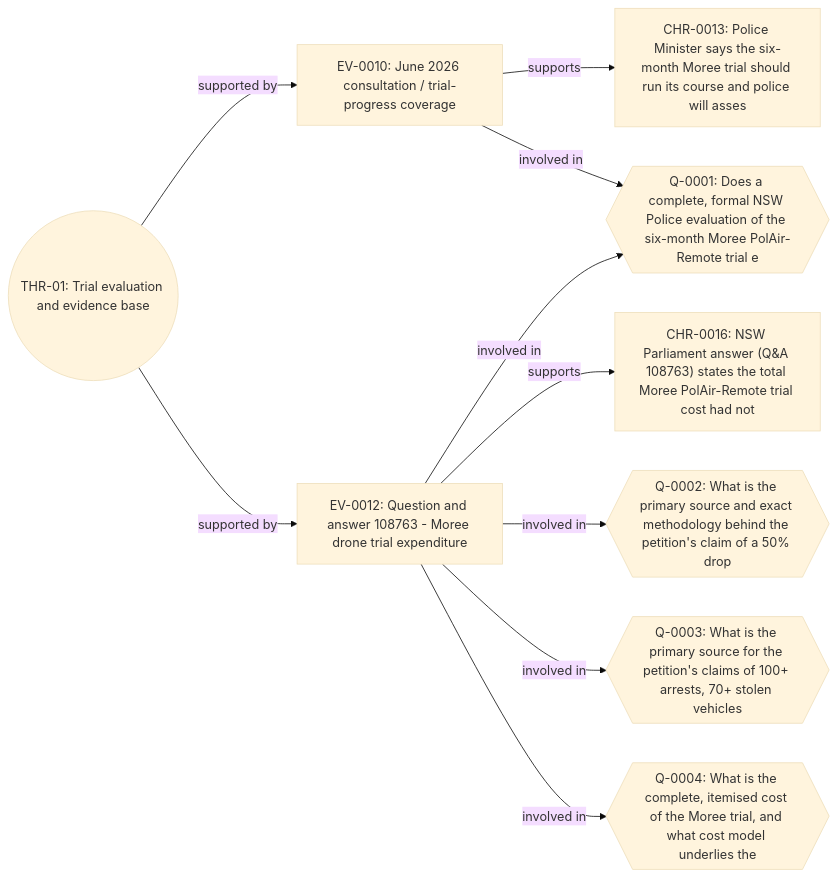
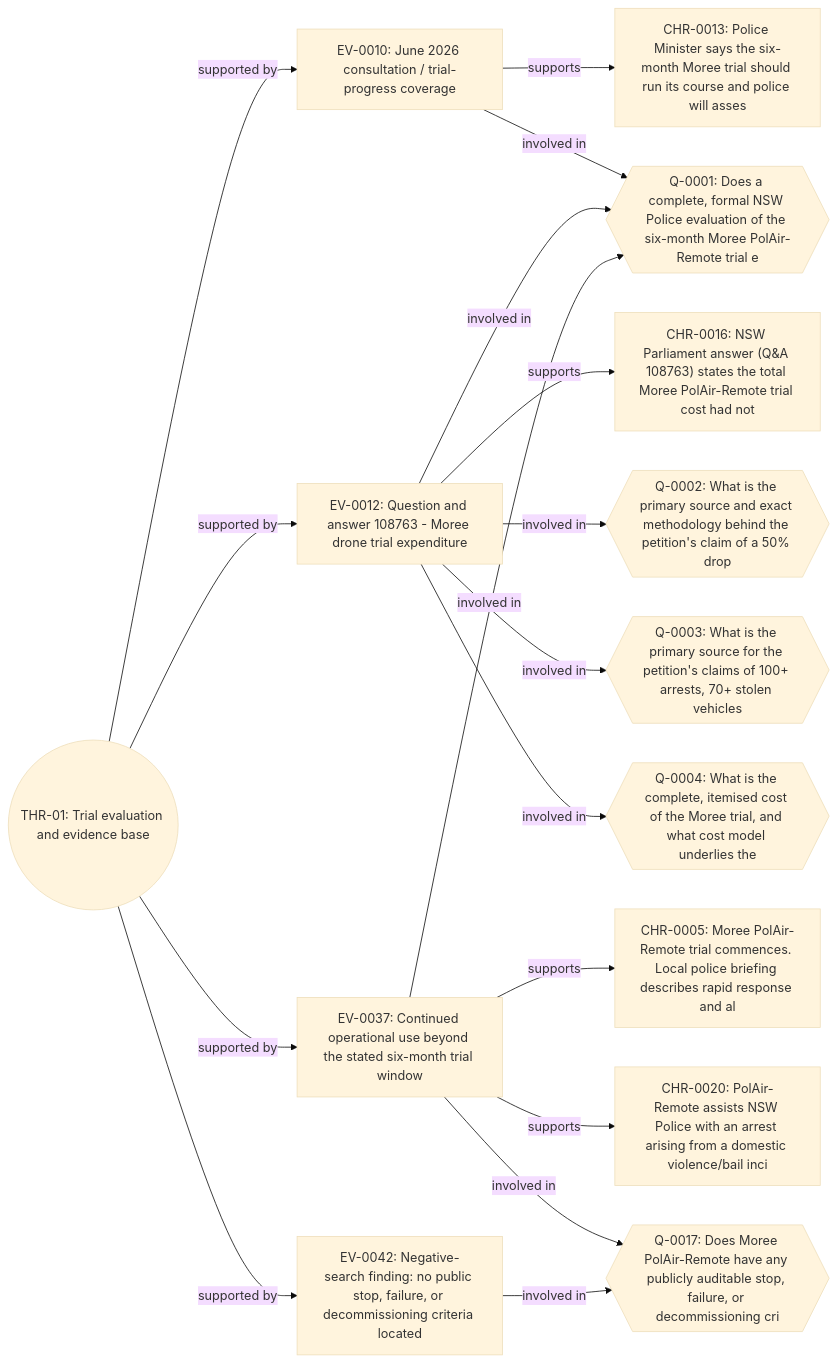
One commit to mayhem82/mayhem-investigations changed diagram 16 of 27 in docs/RELATIONSHIP_MAP.md. Above: the diagram before and after it, drawn with Mermaid (base theme). The commit also changed other lines of this file and 13 other files, not shown here.

````diff
--- a/docs/RELATIONSHIP_MAP.md
+++ b/docs/RELATIONSHIP_MAP.md
@@ -505,21 +505,33 @@
 ```mermaid
 flowchart LR
   DFAPTI_MNC_2026_00001_THRD_THR_01(("THR-01: Trial evaluation and evidence base"))
   DFAPTI_MNC_2026_00001_EVID_EV_0010["EV-0010: June 2026 consultation / trial-progress coverage"]
   DFAPTI_MNC_2026_00001_EVID_EV_0012["EV-0012: Question and answer 108763 - Moree drone trial expenditure"]
+  DFAPTI_MNC_2026_00001_EVID_EV_0037["EV-0037: Continued operational use beyond the stated six-month trial window"]
+  DFAPTI_MNC_2026_00001_EVID_EV_0042["EV-0042: Negative-search finding: no public stop, failure, or decommissioning criteria located"]
   DFAPTI_MNC_2026_00001_CHRO_CHR_0013["CHR-0013: Police Minister says the six-month Moree trial should run its course and police will asses"]
   DFAPTI_MNC_2026_00001_QUES_Q_0001{{"Q-0001: Does a complete, formal NSW Police evaluation of the six-month Moree PolAir-Remote trial e"}}
   DFAPTI_MNC_2026_00001_CHRO_CHR_0016["CHR-0016: NSW Parliament answer (Q&A 108763) states the total Moree PolAir-Remote trial cost had not"]
   DFAPTI_MNC_2026_00001_QUES_Q_0002{{"Q-0002: What is the primary source and exact methodology behind the petition's claim of a 50% drop"}}
   DFAPTI_MNC_2026_00001_QUES_Q_0003{{"Q-0003: What is the primary source for the petition's claims of 100+ arrests, 70+ stolen vehicles "}}
   DFAPTI_MNC_2026_00001_QUES_Q_0004{{"Q-0004: What is the complete, itemised cost of the Moree trial, and what cost model underlies the "}}
+  DFAPTI_MNC_2026_00001_CHRO_CHR_0005["CHR-0005: Moree PolAir-Remote trial commences. Local police briefing describes rapid response and al"]
+  DFAPTI_MNC_2026_00001_CHRO_CHR_0020["CHR-0020: PolAir-Remote assists NSW Police with an arrest arising from a domestic violence/bail inci"]
+  DFAPTI_MNC_2026_00001_QUES_Q_0017{{"Q-0017: Does Moree PolAir-Remote have any publicly auditable stop, failure, or decommissioning cri"}}
   DFAPTI_MNC_2026_00001_THRD_THR_01 -- "supported by" --> DFAPTI_MNC_2026_00001_EVID_EV_0010
   DFAPTI_MNC_2026_00001_THRD_THR_01 -- "supported by" --> DFAPTI_MNC_2026_00001_EVID_EV_0012
+  DFAPTI_MNC_2026_00001_THRD_THR_01 -- "supported by" --> DFAPTI_MNC_2026_00001_EVID_EV_0037
+  DFAPTI_MNC_2026_00001_THRD_THR_01 -- "supported by" --> DFAPTI_MNC_2026_00001_EVID_EV_0042
   DFAPTI_MNC_2026_00001_EVID_EV_0010 -- "supports" --> DFAPTI_MNC_2026_00001_CHRO_CHR_0013
   DFAPTI_MNC_2026_00001_EVID_EV_0010 -- "involved in" --> DFAPTI_MNC_2026_00001_QUES_Q_0001
   DFAPTI_MNC_2026_00001_EVID_EV_0012 -- "supports" --> DFAPTI_MNC_2026_00001_CHRO_CHR_0016
   DFAPTI_MNC_2026_00001_EVID_EV_0012 -- "involved in" --> DFAPTI_MNC_2026_00001_QUES_Q_0001
   DFAPTI_MNC_2026_00001_EVID_EV_0012 -- "involved in" --> DFAPTI_MNC_2026_00001_QUES_Q_0002
   DFAPTI_MNC_2026_00001_EVID_EV_0012 -- "involved in" --> DFAPTI_MNC_2026_00001_QUES_Q_0003
   DFAPTI_MNC_2026_00001_EVID_EV_0012 -- "involved in" --> DFAPTI_MNC_2026_00001_QUES_Q_0004
+  DFAPTI_MNC_2026_00001_EVID_EV_0037 -- "supports" --> DFAPTI_MNC_2026_00001_CHRO_CHR_0005
+  DFAPTI_MNC_2026_00001_EVID_EV_0037 -- "supports" --> DFAPTI_MNC_2026_00001_CHRO_CHR_0020
+  DFAPTI_MNC_2026_00001_EVID_EV_0037 -- "involved in" --> DFAPTI_MNC_2026_00001_QUES_Q_0001
+  DFAPTI_MNC_2026_00001_EVID_EV_0037 -- "involved in" --> DFAPTI_MNC_2026_00001_QUES_Q_0017
+  DFAPTI_MNC_2026_00001_EVID_EV_0042 -- "involved in" --> DFAPTI_MNC_2026_00001_QUES_Q_0017
 ```
````
